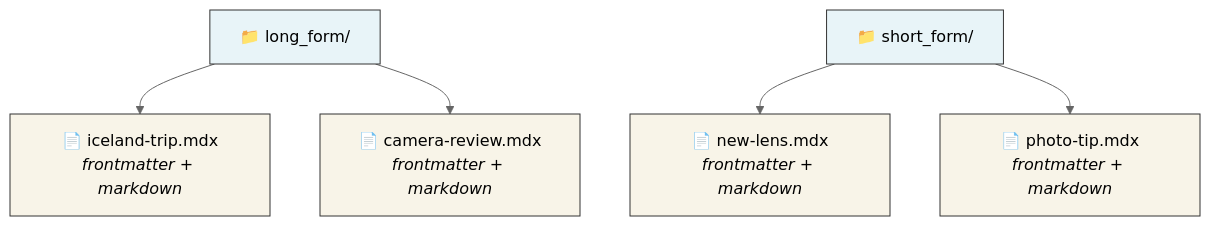
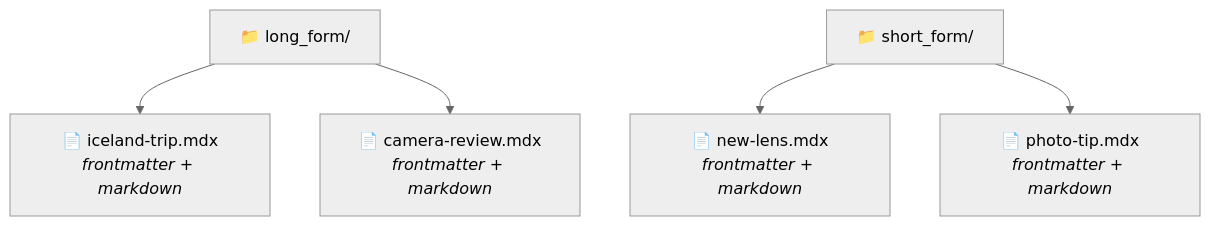
Before and after one commit to erfianugrah/revista-3: the fifth of 9 diagrams in README.md, drawn with Mermaid (neutral theme). The commit also changed other lines of this file and 4 other files, not shown here.

First line of the commit message:
chore: clean up docs — remove PLAN.md, merge Docker README, fix mermaid contrast

````diff
--- a/README.md
+++ b/README.md
@@ -296,14 +266,8 @@
 ```mermaid
 graph TD
-    classDef contentType fill:#e8f4f8,stroke:#333,stroke-width:1px
-    classDef mdFile fill:#f8f4e8,stroke:#333,stroke-width:1px
-
     B["📁 long_form/"] --> H["📄 iceland-trip.mdx<br><i>frontmatter + markdown</i>"]
     B --> I["📄 camera-review.mdx<br><i>frontmatter + markdown</i>"]
 
     C["📁 short_form/"] --> J["📄 new-lens.mdx<br><i>frontmatter + markdown</i>"]
     C --> K["📄 photo-tip.mdx<br><i>frontmatter + markdown</i>"]
-
-    class B,C contentType
-    class H,I,J,K mdFile
 ```
````
